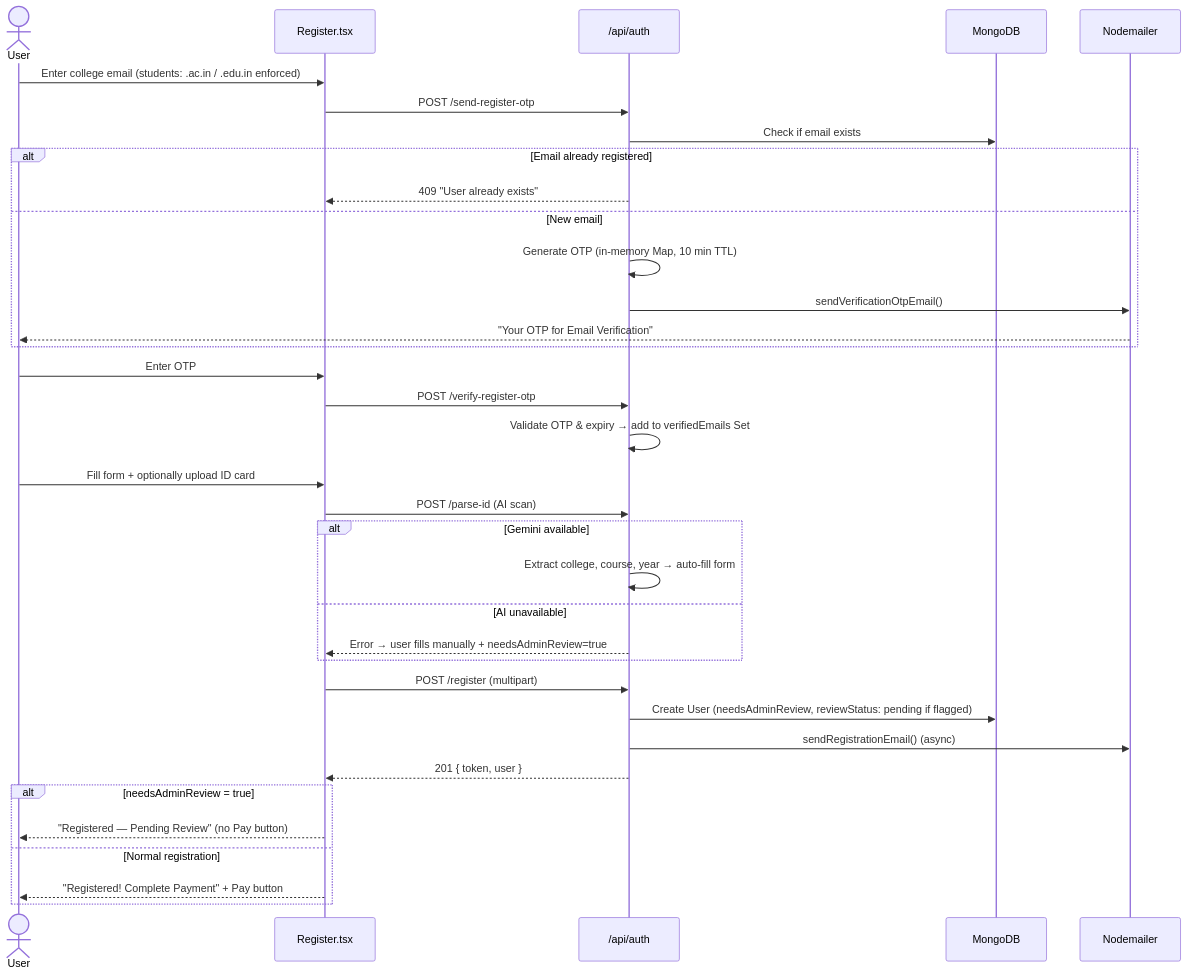
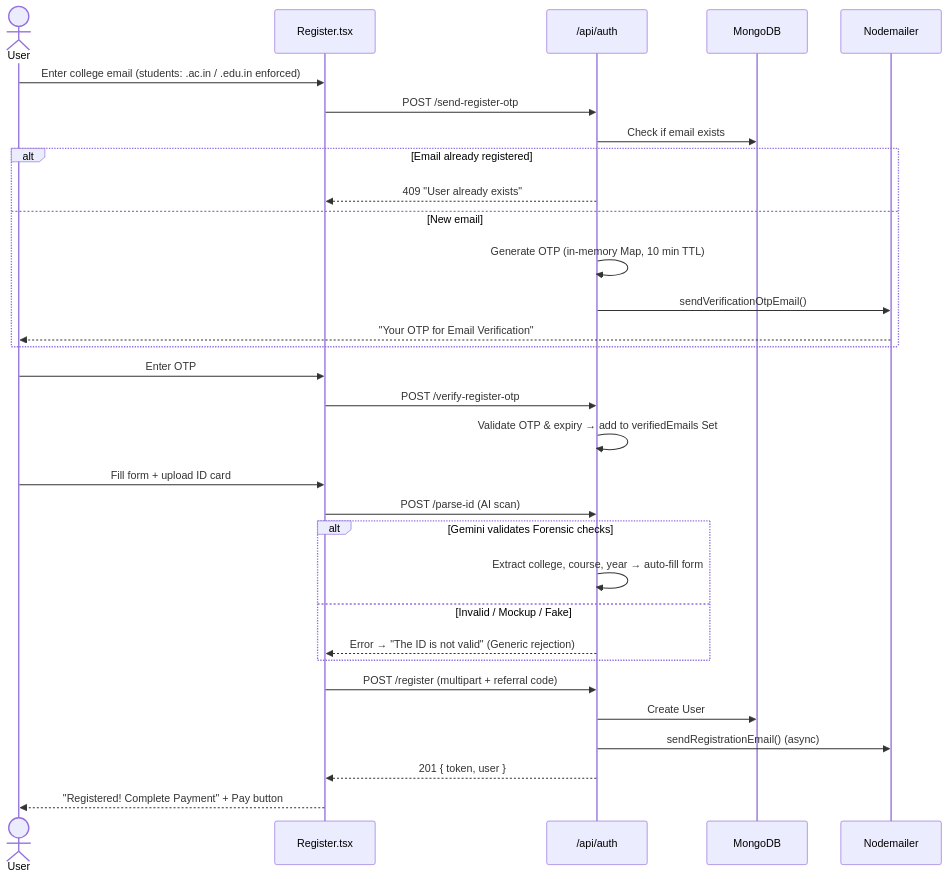
One commit to akshayaav246-collab/LeadwithAI changed the second of 3 diagrams in README.md. Above: the diagram before and after it, drawn with Mermaid. The commit also changed other lines of this file and 30 other files, not shown here.

````diff
--- a/README.md
+++ b/README.md
@@ -188,42 +190,37 @@
 ```mermaid
 sequenceDiagram
     actor User
     participant FE as Register.tsx
     participant BE as /api/auth
     participant DB as MongoDB
     participant Mail as Nodemailer
 
     User->>FE: Enter college email (students: .ac.in / .edu.in enforced)
     FE->>BE: POST /send-register-otp
     BE->>DB: Check if email exists
     alt Email already registered
         BE-->>FE: 409 "User already exists"
     else New email
         BE->>BE: Generate OTP (in-memory Map, 10 min TTL)
         BE->>Mail: sendVerificationOtpEmail()
         Mail-->>User: "Your OTP for Email Verification"
     end
 
     User->>FE: Enter OTP
     FE->>BE: POST /verify-register-otp
     BE->>BE: Validate OTP & expiry → add to verifiedEmails Set
 
-    User->>FE: Fill form + optionally upload ID card
+    User->>FE: Fill form + upload ID card
     FE->>BE: POST /parse-id (AI scan)
-    alt Gemini available
+    alt Gemini validates Forensic checks
         BE->>BE: Extract college, course, year → auto-fill form
-    else AI unavailable
-        BE-->>FE: Error → user fills manually + needsAdminReview=true
+    else Invalid / Mockup / Fake
+        BE-->>FE: Error → "The ID is not valid" (Generic rejection)
     end
 
-    FE->>BE: POST /register (multipart)
-    BE->>DB: Create User (needsAdminReview, reviewStatus: pending if flagged)
+    FE->>BE: POST /register (multipart + referral code)
+    BE->>DB: Create User 
     BE->>Mail: sendRegistrationEmail() (async)
     BE-->>FE: 201 { token, user }
-
-    alt needsAdminReview = true
-        FE-->>User: "Registered — Pending Review" (no Pay button)
-    else Normal registration
-        FE-->>User: "Registered! Complete Payment" + Pay button
-    end
+    FE-->>User: "Registered! Complete Payment" + Pay button
 ```
````
